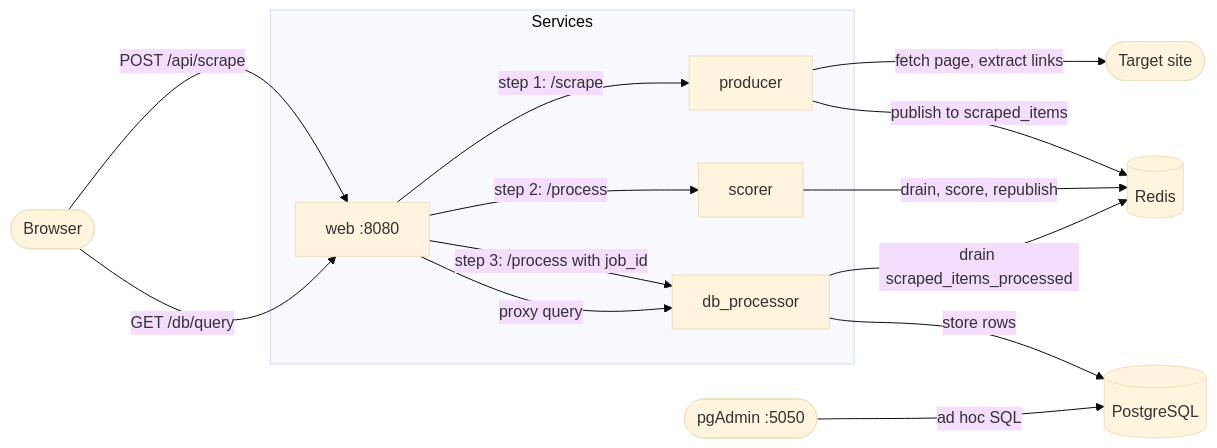
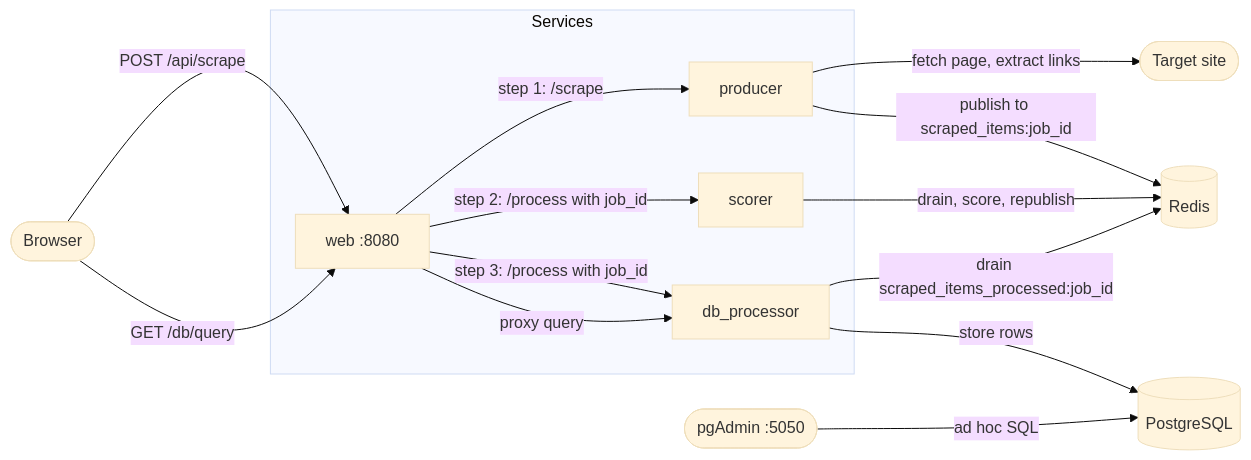
One commit to ZachSchwartz/AI-WebScraper changed the diagram in README.md. Above: the diagram before and after it, drawn with Mermaid (base theme). The commit also changed other lines of this file and 21 other files, not shown here.

````diff
--- a/README.md
+++ b/README.md
@@ -24,30 +24,30 @@
 ```mermaid
 flowchart LR
     Browser([Browser])
     Site([Target site])
     PgAdmin([pgAdmin :5050])
 
     subgraph Services
         Web["web :8080"]
         Producer["producer"]
         Scorer["scorer"]
         DBSvc["db_processor"]
     end
 
     Redis[("Redis")]
     Postgres[("PostgreSQL")]
 
     Browser -->|"POST /api/scrape"| Web
     Web -->|"step 1: /scrape"| Producer
     Producer -->|"fetch page, extract links"| Site
-    Producer -->|"publish to scraped_items"| Redis
-    Web -->|"step 2: /process"| Scorer
+    Producer -->|"publish to scraped_items:job_id"| Redis
+    Web -->|"step 2: /process with job_id"| Scorer
     Scorer -->|"drain, score, republish"| Redis
     Web -->|"step 3: /process with job_id"| DBSvc
-    DBSvc -->|"drain scraped_items_processed"| Redis
+    DBSvc -->|"drain scraped_items_processed:job_id"| Redis
     DBSvc -->|"store rows"| Postgres
 
     Browser -->|"GET /db/query"| Web
     Web -->|"proxy query"| DBSvc
     PgAdmin -->|"ad hoc SQL"| Postgres
 ```
````
